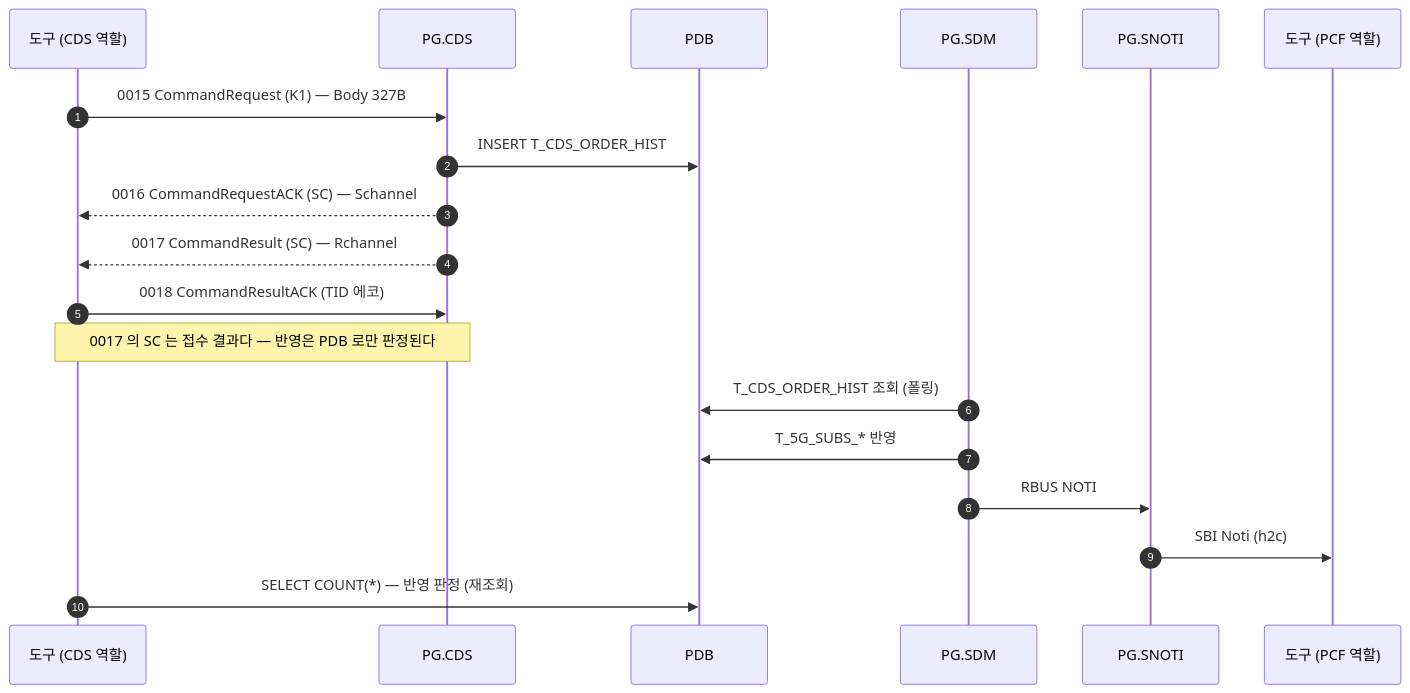
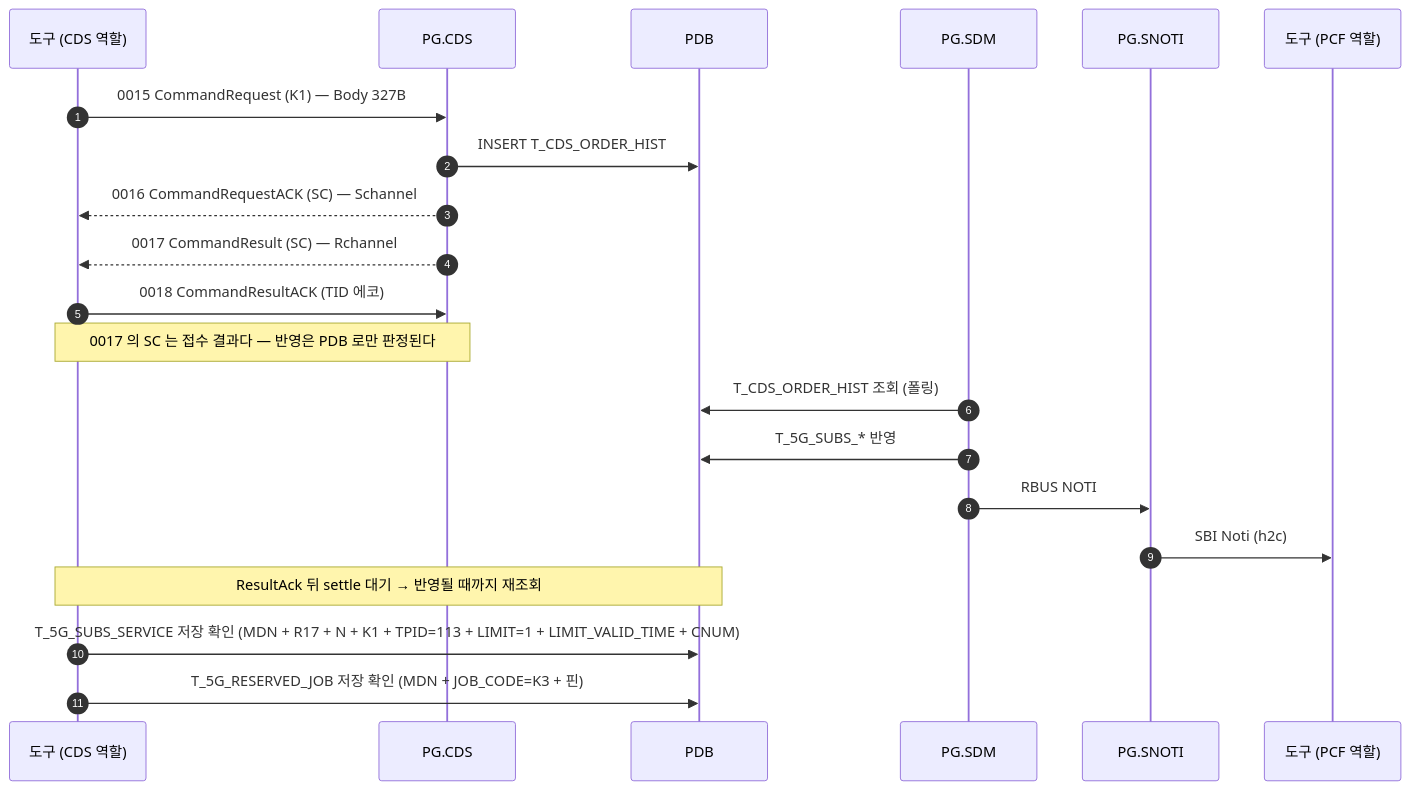
One commit to IanKim2030/tc4robot changed the diagram in docs/callflow/CDS_K1.md. Above: the diagram before and after it, drawn with Mermaid. The commit also changed 18 other files, not shown here.

First line of the commit message:
docs: 콜플로우의 PDB 판정을 코드별 실제 조회로 바꾼다

````diff
--- a/docs/callflow/CDS_K1.md
+++ b/docs/callflow/CDS_K1.md
@@ -17,23 +17,25 @@
 ```mermaid
 sequenceDiagram
     autonumber
     participant TOOL as 도구 (CDS 역할)
     participant PCDS as PG.CDS
     participant PDB as PDB
     participant SDM as PG.SDM
     participant SNOTI as PG.SNOTI
     participant PCF as 도구 (PCF 역할)
 
     TOOL->>PCDS: 0015 CommandRequest (K1) — Body 327B
     PCDS->>PDB: INSERT T_CDS_ORDER_HIST
     PCDS-->>TOOL: 0016 CommandRequestACK (SC) — Schannel
     PCDS-->>TOOL: 0017 CommandResult (SC) — Rchannel
     TOOL->>PCDS: 0018 CommandResultACK (TID 에코)
     Note over TOOL,PCDS: 0017 의 SC 는 접수 결과다 — 반영은 PDB 로만 판정된다
 
     SDM->>PDB: T_CDS_ORDER_HIST 조회 (폴링)
     SDM->>PDB: T_5G_SUBS_* 반영
     SDM->>SNOTI: RBUS NOTI
     SNOTI->>PCF: SBI Noti (h2c)
-    TOOL->>PDB: SELECT COUNT(*) — 반영 판정 (재조회)
+    Note over TOOL,PDB: ResultAck 뒤 settle 대기 → 반영될 때까지 재조회
+    TOOL->>PDB: T_5G_SUBS_SERVICE 저장 확인 (MDN + R17 + N + K1 + TPID=113 + LIMIT=1 + LIMIT_VALID_TIME + CNUM)
+    TOOL->>PDB: T_5G_RESERVED_JOB 저장 확인 (MDN + JOB_CODE=K3 + 핀)
 ```
````
